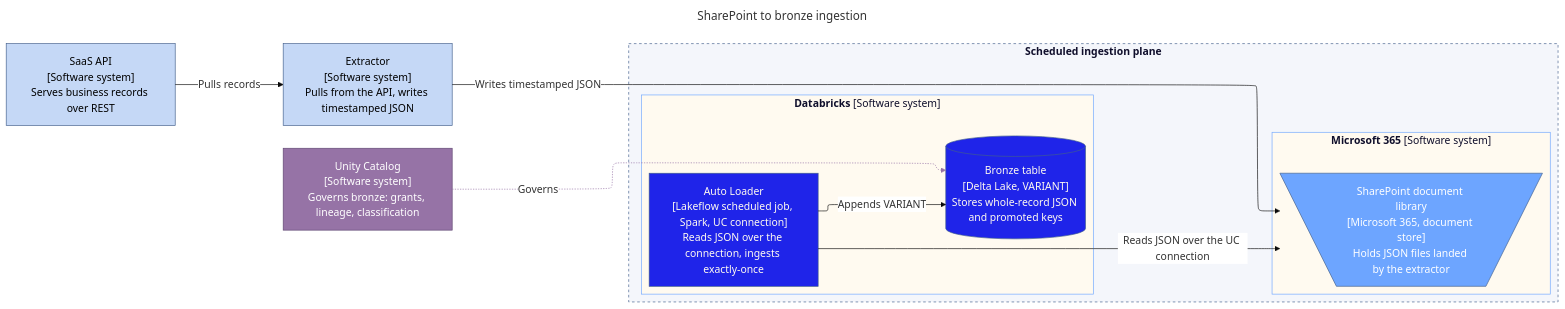
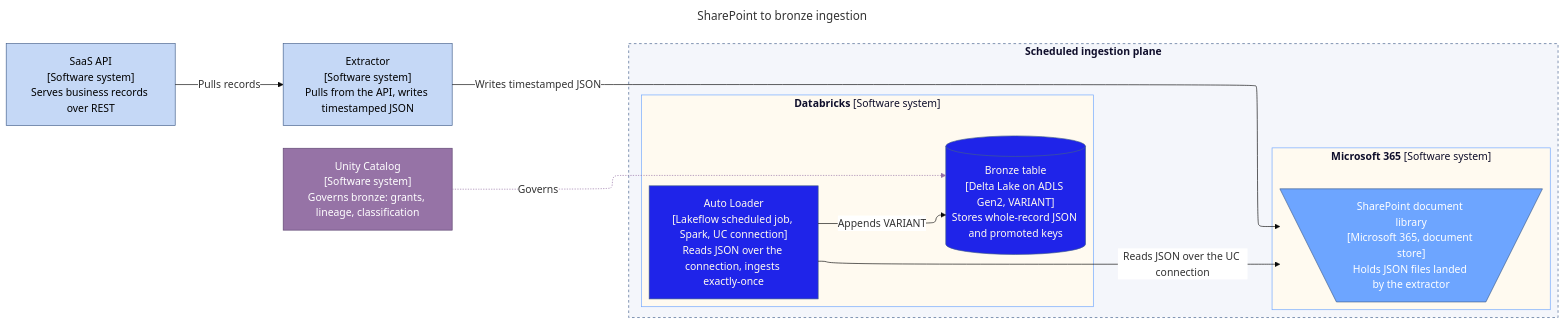
Before and after one commit to gino1902/chief-of-droids: the diagram in desktop-chat/outputs/2606-o2-architecture-design/2026-06-24-sharepoint-to-bronze-ingestion-lock-in.md, drawn with Mermaid. The commit also changed other lines of this file and 1 other file, not shown here.

First line of the commit message:
docs(o2): add workflow sequence view, revise lock-in to v1.3

````diff
--- a/desktop-chat/outputs/2606-o2-architecture-design/2026-06-24-sharepoint-to-bronze-ingestion-lock-in.md
+++ b/desktop-chat/outputs/2606-o2-architecture-design/2026-06-24-sharepoint-to-bronze-ingestion-lock-in.md
@@ -84,44 +86,44 @@
 ```mermaid
 ---
 title: SharePoint to bronze ingestion
 ---
 %%{init: {"theme": "base", "themeVariables": {"edgeLabelBackground": "#FFFFFF"}, "flowchart": {"defaultRenderer": "elk"}}}%%
 
 flowchart LR
   classDef primary    fill:#1F24E9,color:#FFFAF0,stroke:#425F8B
   classDef secondary  fill:#6DA5FF,color:#FFFFFF,stroke:#425F8B
   classDef tertiary   fill:#C5D8F6,color:#000000,stroke:#425F8B
   classDef govern     fill:#9673A6,color:#FFFFFF,stroke:#5E4670
   classDef sw_cluster fill:#FFFAF0,color:#0F0E2B,stroke:#6DA5FF
   classDef boundary   fill:#F4F6FB,color:#0F0E2B,stroke:#425F8B,stroke-dasharray:4
   linkStyle default color:#0F0E2B
 
   SAAS["SaaS API<br/>[Software system]<br/>Serves business records over REST"]
   EXT["Extractor<br/>[Software system]<br/>Pulls from the API, writes timestamped JSON"]
   UC["Unity Catalog<br/>[Software system]<br/>Governs bronze: grants, lineage, classification"]
 
   subgraph PLANE["`**Scheduled ingestion plane**`"]
     subgraph M365["`**Microsoft 365** [Software system]`"]
       SP[\"SharePoint document library<br/>[Microsoft 365, document store]<br/>Holds JSON files landed by the extractor"/]
     end
     subgraph DBX["`**Databricks** [Software system]`"]
       AL["Auto Loader<br/>[Lakeflow scheduled job, Spark, UC connection]<br/>Reads JSON over the connection, ingests exactly-once"]
-      BRONZE[("Bronze table<br/>[Delta Lake, VARIANT]<br/>Stores whole-record JSON and promoted keys")]
+      BRONZE[("Bronze table<br/>[Delta Lake on ADLS Gen2, VARIANT]<br/>Stores whole-record JSON and promoted keys")]
     end
   end
 
   SAAS -->|Pulls records| EXT
   EXT -->|Writes timestamped JSON| SP
   AL -->|Reads JSON over the UC connection| SP
   AL -->|Appends VARIANT| BRONZE
   UC -.->|Governs| BRONZE
 
   class SP secondary
   class AL,BRONZE primary
   class SAAS,EXT tertiary
   class UC govern
   class M365,DBX sw_cluster
   class PLANE boundary
 
   linkStyle 4 stroke:#9673A6,color:#9673A6
 ```
````
